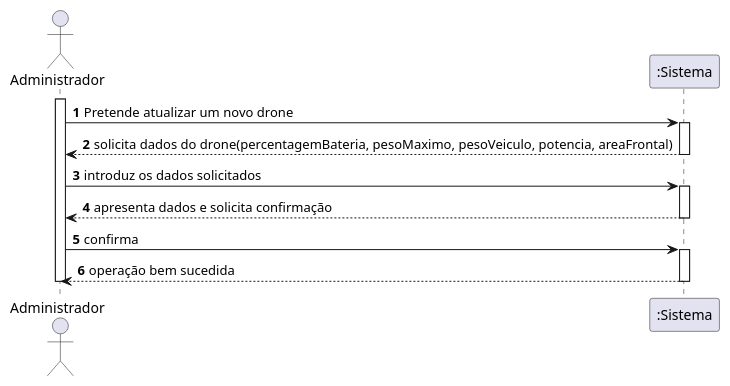
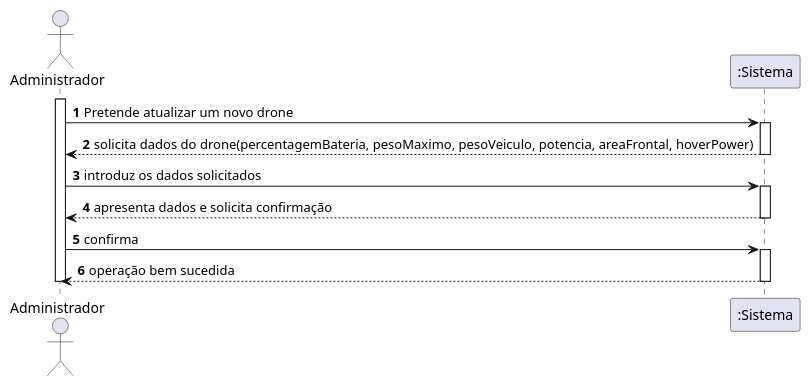
The diagram in docs/UC24/AtualizarDroneSSD.puml (pedrolemos4/LAPR3), drawn with PlantUML before and after one commit. The commit also changed 27 other files, not shown here.

```diff
--- a/docs/UC24/AtualizarDroneSSD.puml
+++ b/docs/UC24/AtualizarDroneSSD.puml
@@ -1,23 +1,23 @@
 @startuml
 autonumber
 actor "Administrador" as UNR
 
 activate UNR
 UNR -> ":Sistema" : Pretende atualizar um novo drone
 activate ":Sistema"
-":Sistema" --> UNR : solicita dados do drone(percentagemBateria, pesoMaximo, pesoVeiculo, potencia, areaFrontal)
+":Sistema" --> UNR : solicita dados do drone(percentagemBateria, pesoMaximo, pesoVeiculo, potencia, areaFrontal, hoverPower)
 deactivate ":Sistema"
 
 
 UNR -> ":Sistema" : introduz os dados solicitados
 activate ":Sistema"
 ":Sistema" --> UNR : apresenta dados e solicita confirmação
 deactivate ":Sistema"
 
 UNR -> ":Sistema" : confirma
 activate ":Sistema"
 ":Sistema" --> UNR : operação bem sucedida
 deactivate ":Sistema"
 
 deactivate UNR
 @enduml
```
